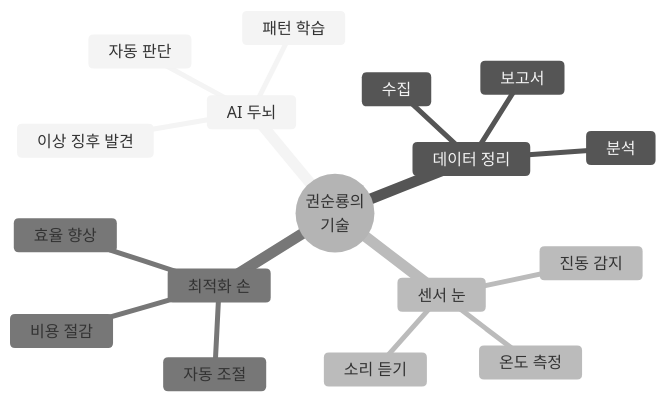
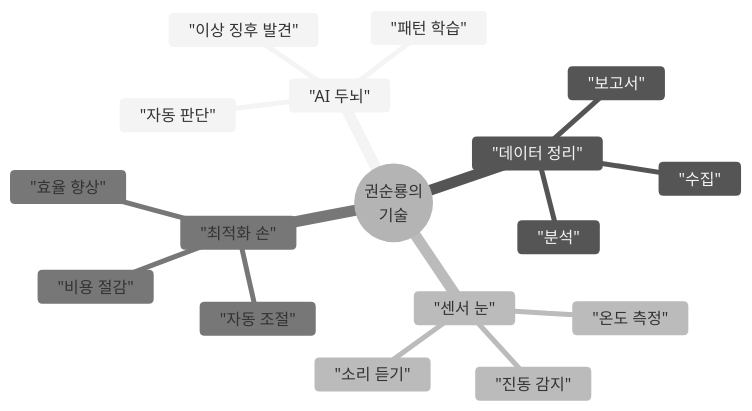
The tenth of 11 diagrams in portfolio/Executive_Summary/03_Technology_Simplified.md (moobaek/Testing_AI_agents_for_public_use), drawn with Mermaid (neutral theme) before and after one commit. The commit also changed other lines of this file and 14 other files, not shown here.

First line of the commit message:
fix: standardize Mermaid syntax for Obsidian compatibility across all portfolio documents

````diff
--- a/portfolio/Executive_Summary/03_Technology_Simplified.md
+++ b/portfolio/Executive_Summary/03_Technology_Simplified.md
@@ -309,20 +309,20 @@
 ```mermaid
 mindmap
-  root((권순룡의<br/>기술))
-    AI 두뇌
-      이상 징후 발견
-      패턴 학습
-      자동 판단
-    데이터 정리
-      수집
-      분석
-      보고서
-    센서 눈
-      온도 측정
-      진동 감지
-      소리 듣기
-    최적화 손
-      자동 조절
-      비용 절감
-      효율 향상
+  root(("권순룡의<br/>기술"))
+    "AI 두뇌"
+      "이상 징후 발견"
+      "패턴 학습"
+      "자동 판단"
+    "데이터 정리"
+      "수집"
+      "분석"
+      "보고서"
+    "센서 눈"
+      "온도 측정"
+      "진동 감지"
+      "소리 듣기"
+    "최적화 손"
+      "자동 조절"
+      "비용 절감"
+      "효율 향상"
 ```
````
